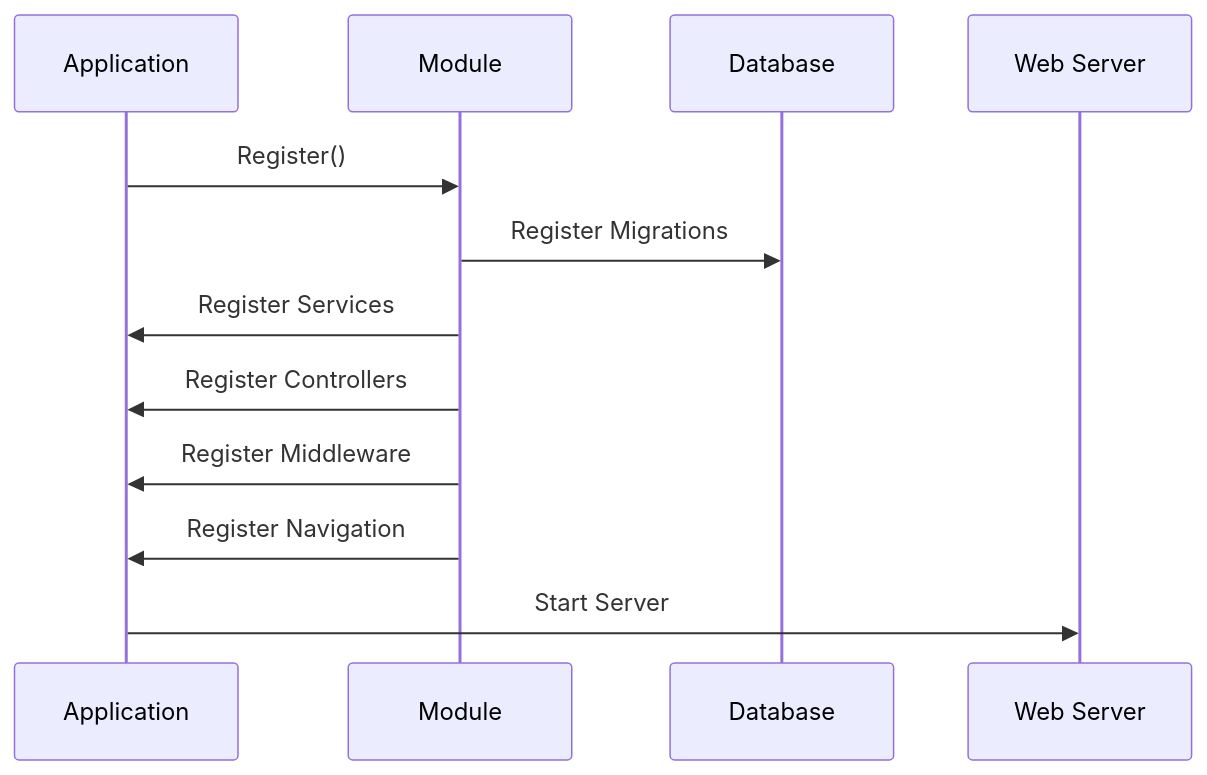
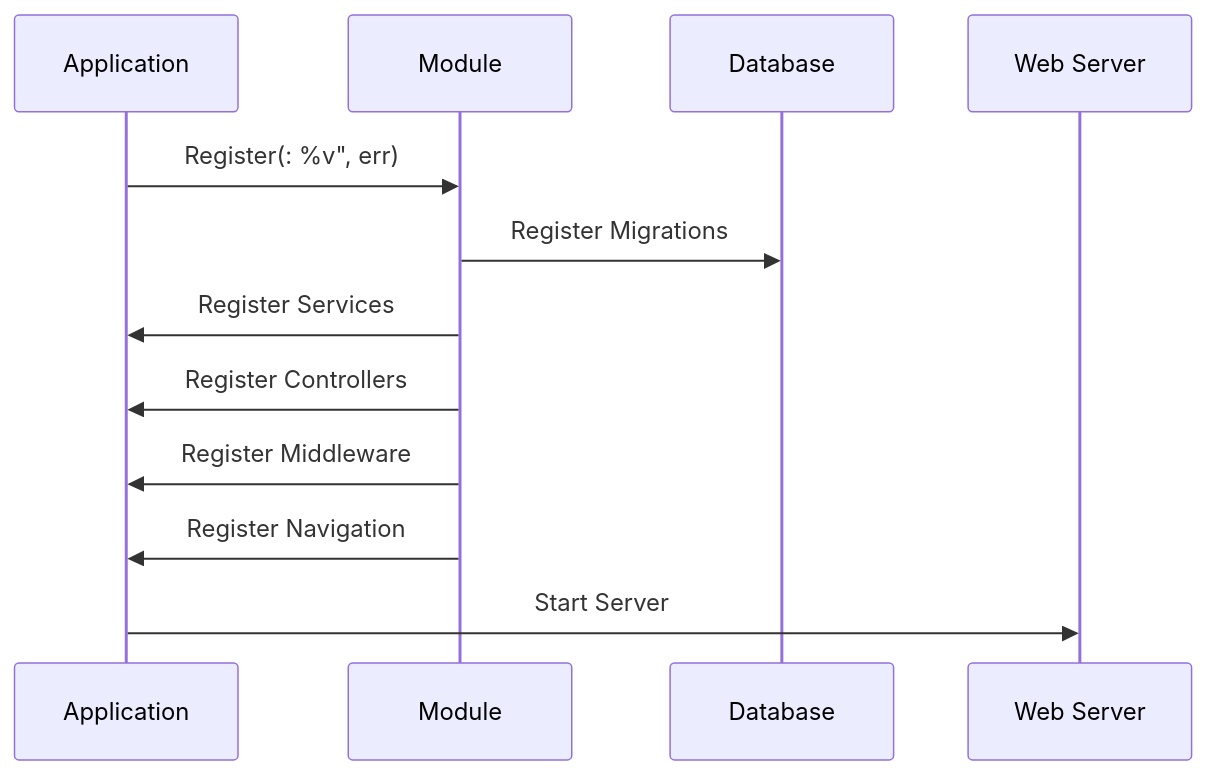
The third of 7 diagrams in docs/content/architecture/index.mdx (iota-uz/iota-sdk), drawn with Mermaid before and after one commit. The commit also changed other lines of this file and 22 other files, not shown here.

````diff
--- a/docs/content/architecture/index.mdx
+++ b/docs/content/architecture/index.mdx
@@ -103,15 +103,15 @@
 ```mermaid
 sequenceDiagram
     participant App as Application
     participant Mod as Module
     participant DB as Database
     participant Web as Web Server
     
-    App->>Mod: Register()
+    App->>Mod: Register(: %v", err)
     Mod->>DB: Register Migrations
     Mod->>App: Register Services
     Mod->>App: Register Controllers
     Mod->>App: Register Middleware
     Mod->>App: Register Navigation
     App->>Web: Start Server
 ```
````
